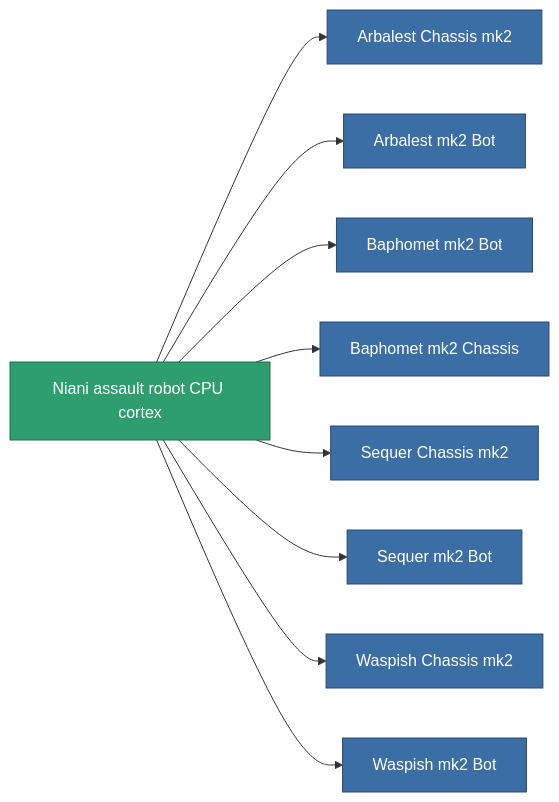
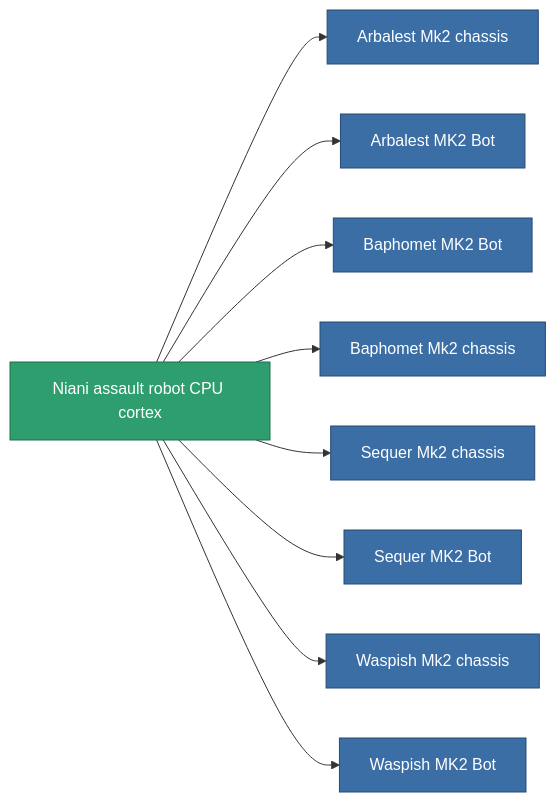
Before and after one commit to OpenPerpetuum/Wiki: the diagram in content/content/items/reactore_core_assault.md, drawn with Mermaid. The commit also changed other lines of this file and 1584 other files, not shown here.

````diff
--- a/content/content/items/reactore_core_assault.md
+++ b/content/content/items/reactore_core_assault.md
@@ -27,27 +27,27 @@
 ```mermaid
 graph LR
     a["Niani assault robot CPU cortex"]:::current
-    b["Arbalest Chassis mk2"]:::prod
+    b["Arbalest Mk2 chassis"]:::prod
     a --> b
-    c["Arbalest mk2 Bot"]:::prod
+    c["Arbalest MK2 Bot"]:::prod
     a --> c
-    click c "/content/robots/" "Arbalest mk2 Bot"
-    d["Baphomet mk2 Bot"]:::prod
+    click c "/content/robots/" "Arbalest MK2 Bot"
+    d["Baphomet MK2 Bot"]:::prod
     a --> d
-    click d "/content/robots/" "Baphomet mk2 Bot"
-    e["Baphomet mk2 Chassis"]:::prod
+    click d "/content/robots/" "Baphomet MK2 Bot"
+    e["Baphomet Mk2 chassis"]:::prod
     a --> e
-    f["Sequer Chassis mk2"]:::prod
+    f["Sequer Mk2 chassis"]:::prod
     a --> f
-    g["Sequer mk2 Bot"]:::prod
+    g["Sequer MK2 Bot"]:::prod
     a --> g
-    click g "/content/robots/" "Sequer mk2 Bot"
-    h["Waspish Chassis mk2"]:::prod
+    click g "/content/robots/" "Sequer MK2 Bot"
+    h["Waspish Mk2 chassis"]:::prod
     a --> h
-    i["Waspish mk2 Bot"]:::prod
+    i["Waspish MK2 Bot"]:::prod
     a --> i
-    click i "/content/robots/" "Waspish mk2 Bot"
+    click i "/content/robots/" "Waspish MK2 Bot"
     classDef current fill:#2f9e6f,stroke:#1f6f4a,color:#ffffff
     classDef prod fill:#3b6ea5,stroke:#274a75,color:#ffffff
     classDef more fill:#39445a,stroke:#54658a,color:#d5dbe8
 ```
````
